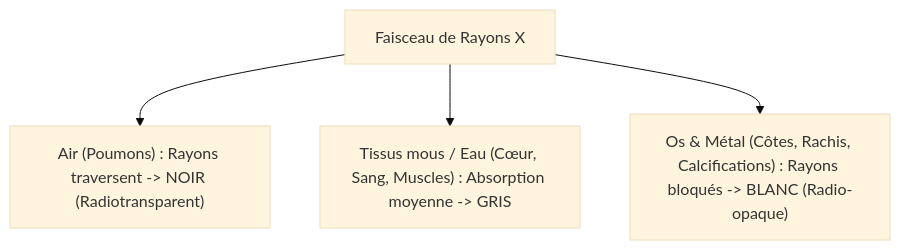
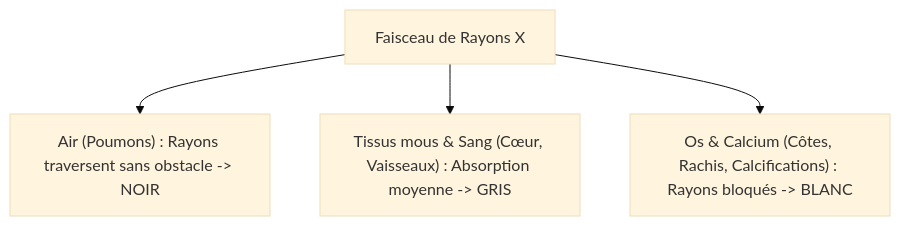
One commit to alessio-bagnol/projet_inov changed the first of 5 diagrams in docs/COURS_MEDICAL.md. Above: the diagram before and after it, drawn with Mermaid (base theme). The commit also changed other lines of this file and 1 other file, not shown here.

Commit message:
docs: remplacement de l'ascii par une vraie radio annotee en HD pour le cours medical

````diff
--- a/docs/COURS_MEDICAL.md
+++ b/docs/COURS_MEDICAL.md
@@ -11,6 +16,6 @@
 ```mermaid
 graph TD
-    A["Faisceau de Rayons X"] --> B["Air (Poumons) : Rayons traversent -> NOIR (Radiotransparent)"]
-    A --> C["Tissus mous / Eau (Cœur, Sang, Muscles) : Absorption moyenne -> GRIS"]
-    A --> D["Os & Métal (Côtes, Rachis, Calcifications) : Rayons bloqués -> BLANC (Radio-opaque)"]
+    A["Faisceau de Rayons X"] --> B["Air (Poumons) : Rayons traversent sans obstacle -> NOIR"]
+    A --> C["Tissus mous & Sang (Cœur, Vaisseaux) : Absorption moyenne -> GRIS"]
+    A --> D["Os & Calcium (Côtes, Rachis, Calcifications) : Rayons bloqués -> BLANC"]
 ```
````
